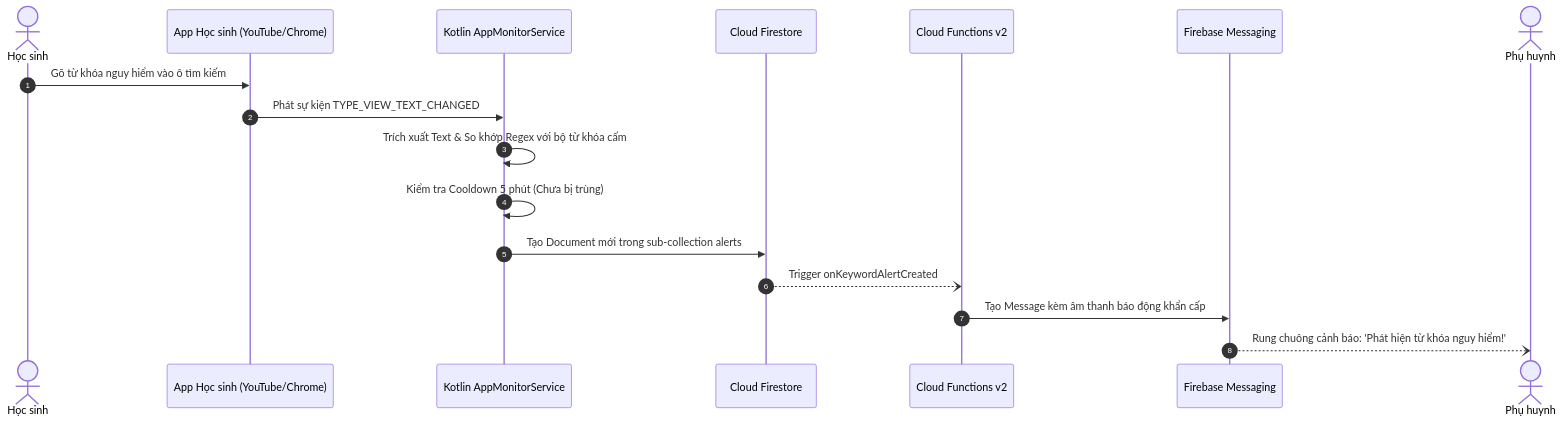
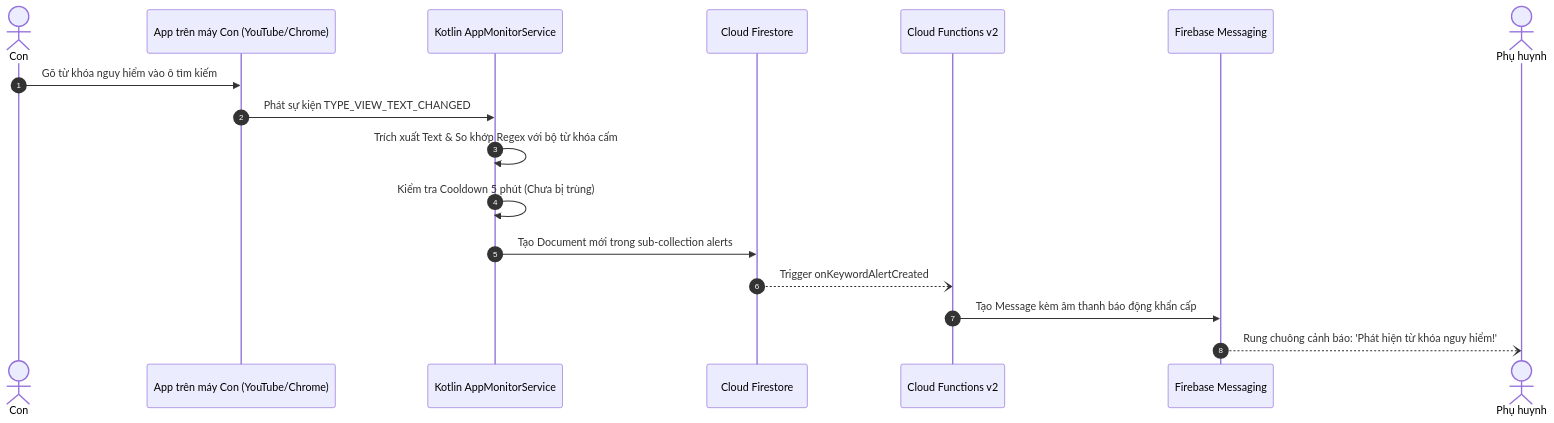
Diagram 12 of 20 in docs/Kura_Technical_Analysis.md (minhduc01168/KidGuardian-THPT), drawn with Mermaid before and after one commit. The commit also changed other lines of this file, not shown here.

Commit message:
docs: standardize terminology to Kura, Phụ huynh and Con, align diagrams with codebase

````diff
--- a/docs/Kura_Technical_Analysis.md
+++ b/docs/Kura_Technical_Analysis.md
@@ -737,20 +737,20 @@
 ```mermaid
 sequenceDiagram
-    autonumber
-    actor Child as Học sinh
-    participant TargetApp as App Học sinh (YouTube/Chrome)
-    participant A11y as Kotlin AppMonitorService
-    participant Firestore as Cloud Firestore
-    participant CloudFunc as Cloud Functions v2
-    participant FCM as Firebase Messaging
-    actor Parent as Phụ huynh
+ autonumber
+ actor Child as Con
+ participant TargetApp as App trên máy Con (YouTube/Chrome)
+ participant A11y as Kotlin AppMonitorService
+ participant Firestore as Cloud Firestore
+ participant CloudFunc as Cloud Functions v2
+ participant FCM as Firebase Messaging
+ actor Parent as Phụ huynh
 
-    Child->>TargetApp: Gõ từ khóa nguy hiểm vào ô tìm kiếm
-    TargetApp->>A11y: Phát sự kiện TYPE_VIEW_TEXT_CHANGED
-    A11y->>A11y: Trích xuất Text & So khớp Regex với bộ từ khóa cấm
-    A11y->>A11y: Kiểm tra Cooldown 5 phút (Chưa bị trùng)
-    A11y->>Firestore: Tạo Document mới trong sub-collection alerts
-    Firestore--)CloudFunc: Trigger onKeywordAlertCreated
-    CloudFunc->>FCM: Tạo Message kèm âm thanh báo động khẩn cấp
-    FCM--)Parent: Rung chuông cảnh báo: 'Phát hiện từ khóa nguy hiểm!'
+ Child->>TargetApp: Gõ từ khóa nguy hiểm vào ô tìm kiếm
+ TargetApp->>A11y: Phát sự kiện TYPE_VIEW_TEXT_CHANGED
+ A11y->>A11y: Trích xuất Text & So khớp Regex với bộ từ khóa cấm
+ A11y->>A11y: Kiểm tra Cooldown 5 phút (Chưa bị trùng)
+ A11y->>Firestore: Tạo Document mới trong sub-collection alerts
+ Firestore--)CloudFunc: Trigger onKeywordAlertCreated
+ CloudFunc->>FCM: Tạo Message kèm âm thanh báo động khẩn cấp
+ FCM--)Parent: Rung chuông cảnh báo: 'Phát hiện từ khóa nguy hiểm!'
 ```
````
